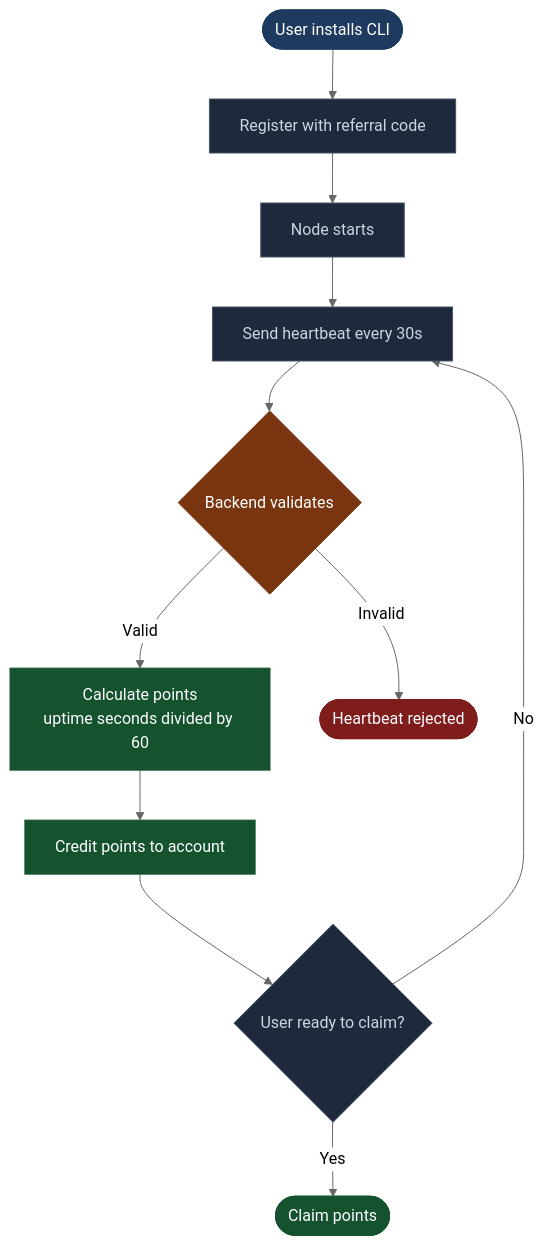
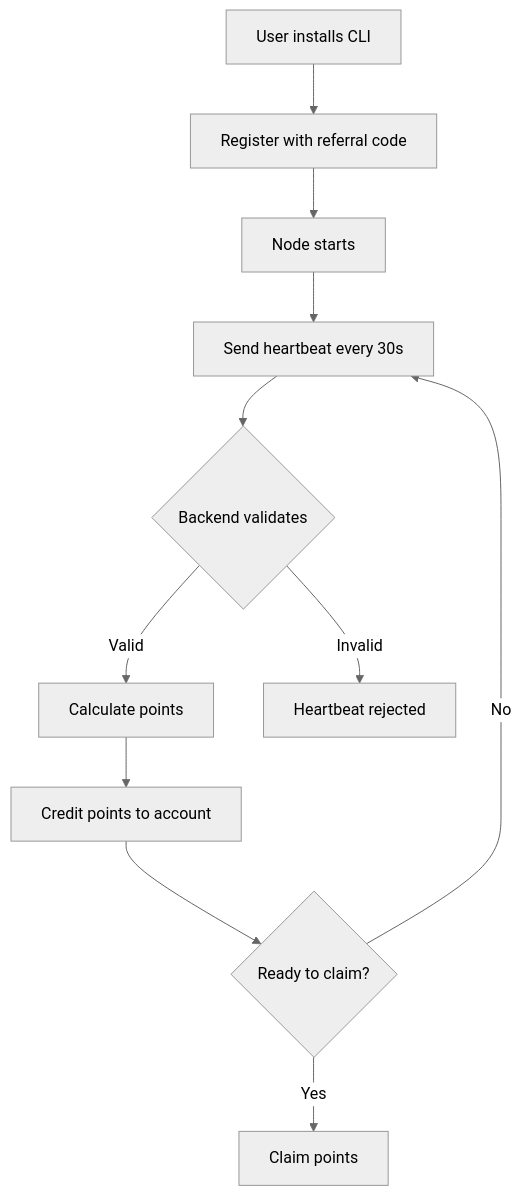
One commit to Nexora-Node/Docs changed the second of 2 diagrams in how-it-works.md. Above: the diagram before and after it, drawn with Mermaid (neutral theme). The commit also changed other lines of this file and 5 other files, not shown here.

Commit message:
docs: remove all custom styles, simplify diagrams for clean GitBook render

````diff
--- a/how-it-works.md
+++ b/how-it-works.md
@@ -35,24 +26,13 @@
 ```mermaid
 flowchart TD
-    A([User installs CLI]) --> B[Register with referral code]
+    A[User installs CLI] --> B[Register with referral code]
     B --> C[Node starts]
     C --> D[Send heartbeat every 30s]
     D --> E{Backend validates}
-    E -->|Valid| F[Calculate points\nuptime seconds divided by 60]
-    E -->|Invalid| G([Heartbeat rejected])
+    E -->|Valid| F[Calculate points]
+    E -->|Invalid| G[Heartbeat rejected]
     F --> H[Credit points to account]
-    H --> I{User ready to claim?}
-    I -->|Yes| J([Claim points])
+    H --> I{Ready to claim?}
+    I -->|Yes| J[Claim points]
     I -->|No| D
-
-    style A fill:#1e3a5f,stroke:#1e3a5f,color:#fff
-    style B fill:#1e293b,stroke:#475569,color:#cbd5e1
-    style C fill:#1e293b,stroke:#475569,color:#cbd5e1
-    style D fill:#1e293b,stroke:#475569,color:#cbd5e1
-    style E fill:#78350f,stroke:#78350f,color:#fff
-    style F fill:#14532d,stroke:#14532d,color:#fff
-    style G fill:#7f1d1d,stroke:#7f1d1d,color:#fff
-    style H fill:#14532d,stroke:#14532d,color:#fff
-    style I fill:#1e293b,stroke:#475569,color:#cbd5e1
-    style J fill:#14532d,stroke:#14532d,color:#fff
 ```
````
